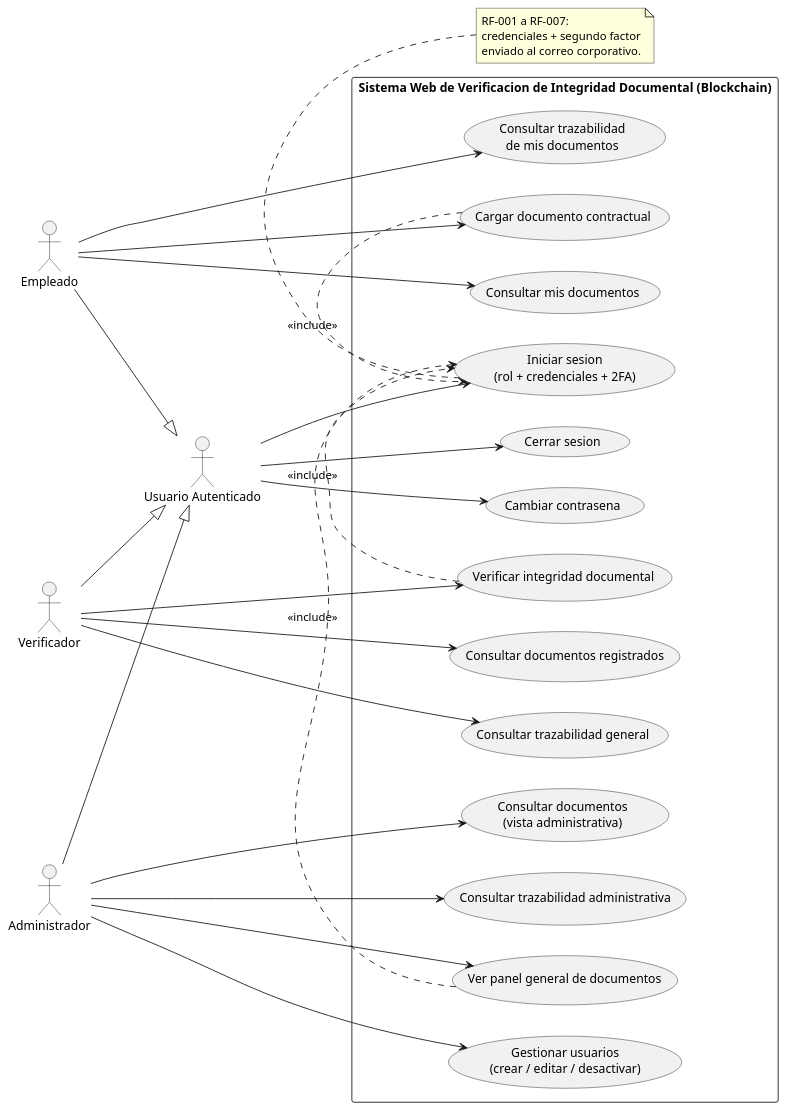
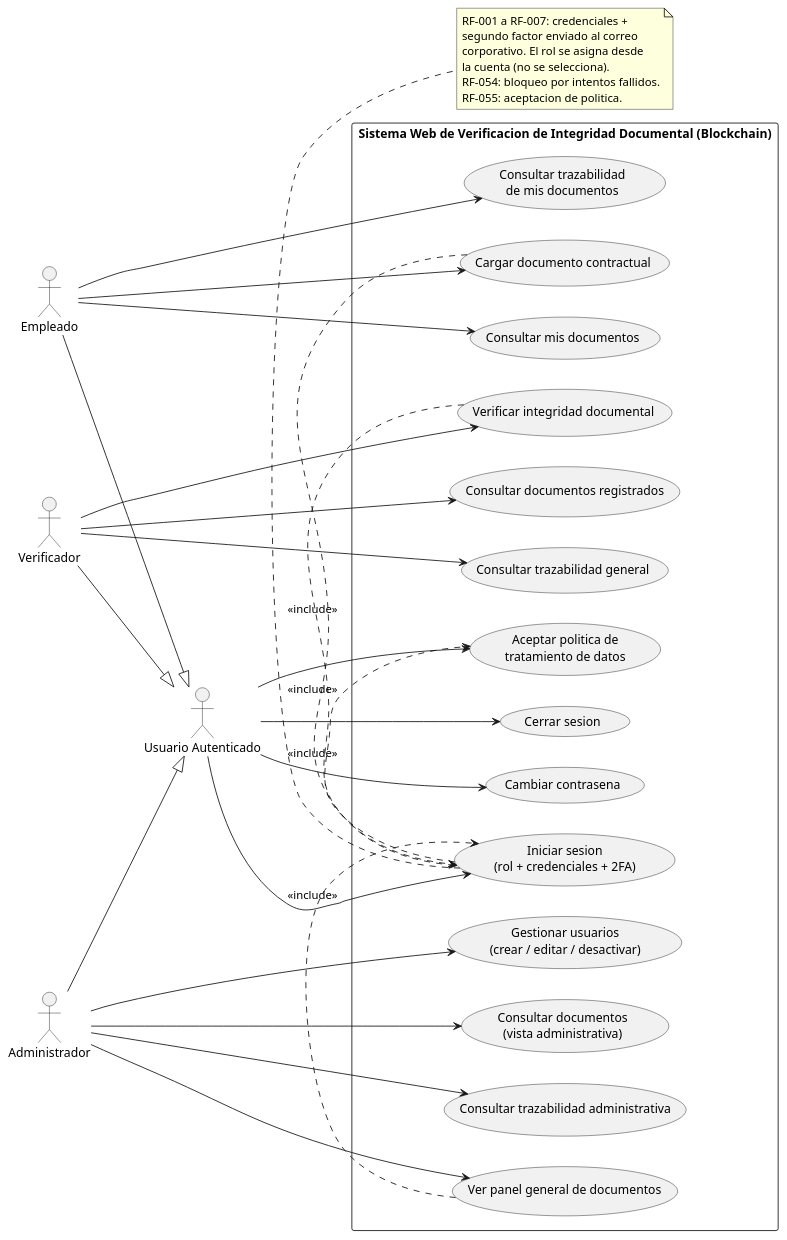
The diagram in docs/uml/00-diagrama-casos-de-uso.puml (swummen/Blockchain_Contratos), drawn with PlantUML before and after one commit.

Commit message:
Add use case for data treatment policy acceptance
Added a new use case for accepting data treatment policy and updated notes for login requirements.

```diff
--- a/docs/uml/00-diagrama-casos-de-uso.puml
+++ b/docs/uml/00-diagrama-casos-de-uso.puml
@@ -1,59 +1,65 @@
 @startuml 00-diagrama-casos-de-uso
 left to right direction
 skinparam packageStyle rectangle
 
 actor "Usuario Autenticado" as UsuarioBase
 actor Empleado
 actor Verificador
 actor Administrador
 
 Empleado --|> UsuarioBase
 Verificador --|> UsuarioBase
 Administrador --|> UsuarioBase
 
 rectangle "Sistema Web de Verificacion de Integridad Documental (Blockchain)" {
   usecase "Iniciar sesion\n(rol + credenciales + 2FA)" as UC_Login
   usecase "Cerrar sesion" as UC_Logout
   usecase "Cambiar contrasena" as UC_ChangePwd
+  usecase "Aceptar politica de\ntratamiento de datos" as UC_Policy
 
   usecase "Cargar documento contractual" as UC_Upload
   usecase "Consultar mis documentos" as UC_MyDocs
   usecase "Consultar trazabilidad\nde mis documentos" as UC_MyTrace
 
   usecase "Verificar integridad documental" as UC_Verify
   usecase "Consultar documentos registrados" as UC_DocsVerifier
   usecase "Consultar trazabilidad general" as UC_TraceGeneral
 
   usecase "Ver panel general de documentos" as UC_Dashboard
   usecase "Gestionar usuarios\n(crear / editar / desactivar)" as UC_ManageUsers
   usecase "Consultar documentos\n(vista administrativa)" as UC_DocsAdmin
   usecase "Consultar trazabilidad administrativa" as UC_TraceAdmin
 }
 
 UsuarioBase --> UC_Login
 UsuarioBase --> UC_Logout
+UsuarioBase --> UC_Policy
+UC_Login .> UC_Policy : <<include>>
 UsuarioBase --> UC_ChangePwd
 
 Empleado --> UC_Upload
 Empleado --> UC_MyDocs
 Empleado --> UC_MyTrace
 
 Verificador --> UC_Verify
 Verificador --> UC_DocsVerifier
 Verificador --> UC_TraceGeneral
 
 Administrador --> UC_Dashboard
 Administrador --> UC_ManageUsers
 Administrador --> UC_DocsAdmin
 Administrador --> UC_TraceAdmin
 
 UC_Upload .> UC_Login : <<include>>
 UC_Verify .> UC_Login : <<include>>
 UC_Dashboard .> UC_Login : <<include>>
 
 note bottom of UC_Login
-  RF-001 a RF-007:
-  credenciales + segundo factor
-  enviado al correo corporativo.
+  RF-001 a RF-007: credenciales +
+  segundo factor enviado al correo
+  corporativo. El rol se asigna desde
+  la cuenta (no se selecciona).
+  RF-054: bloqueo por intentos fallidos.
+  RF-055: aceptacion de politica.
 end note
 @enduml
```
